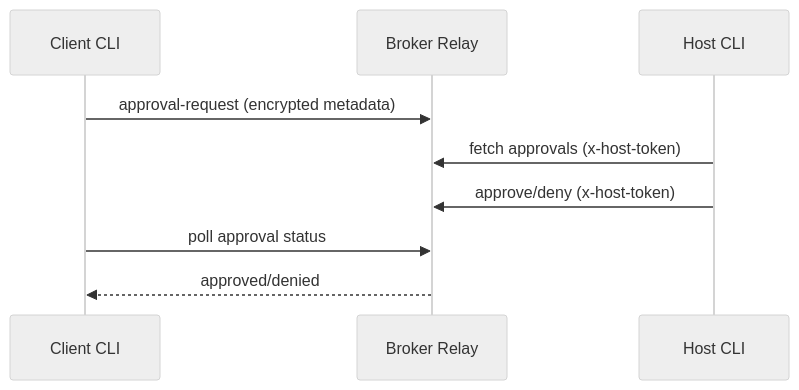
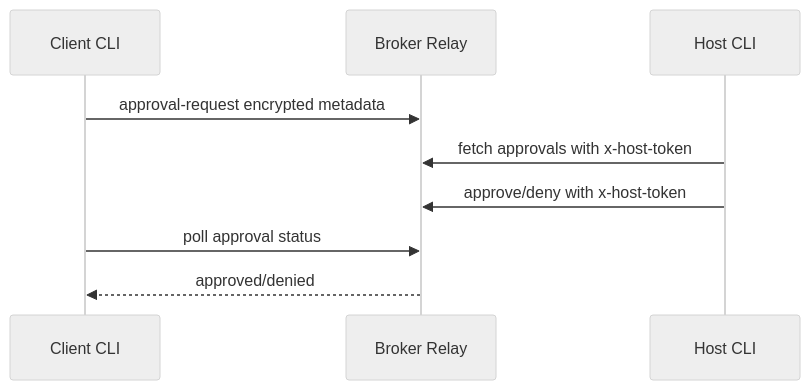
One commit to skmirajulislam/ipingyou changed the second of 2 diagrams in README.md. Above: the diagram before and after it, drawn with Mermaid (neutral theme). The commit also changed other lines of this file, not shown here.

Commit message:
bug fix:  Fixed the Mermaid syntax

````diff
--- a/README.md
+++ b/README.md
@@ -85,11 +85,11 @@
 ```mermaid
 sequenceDiagram
     participant C as Client CLI
     participant B as Broker Relay
     participant H as Host CLI
-    C->>B: approval-request (encrypted metadata)
-    H->>B: fetch approvals (x-host-token)
-    H->>B: approve/deny (x-host-token)
+    C->>B: approval-request encrypted metadata
+    H->>B: fetch approvals with x-host-token
+    H->>B: approve/deny with x-host-token
     C->>B: poll approval status
     B-->>C: approved/denied
 ```
````
